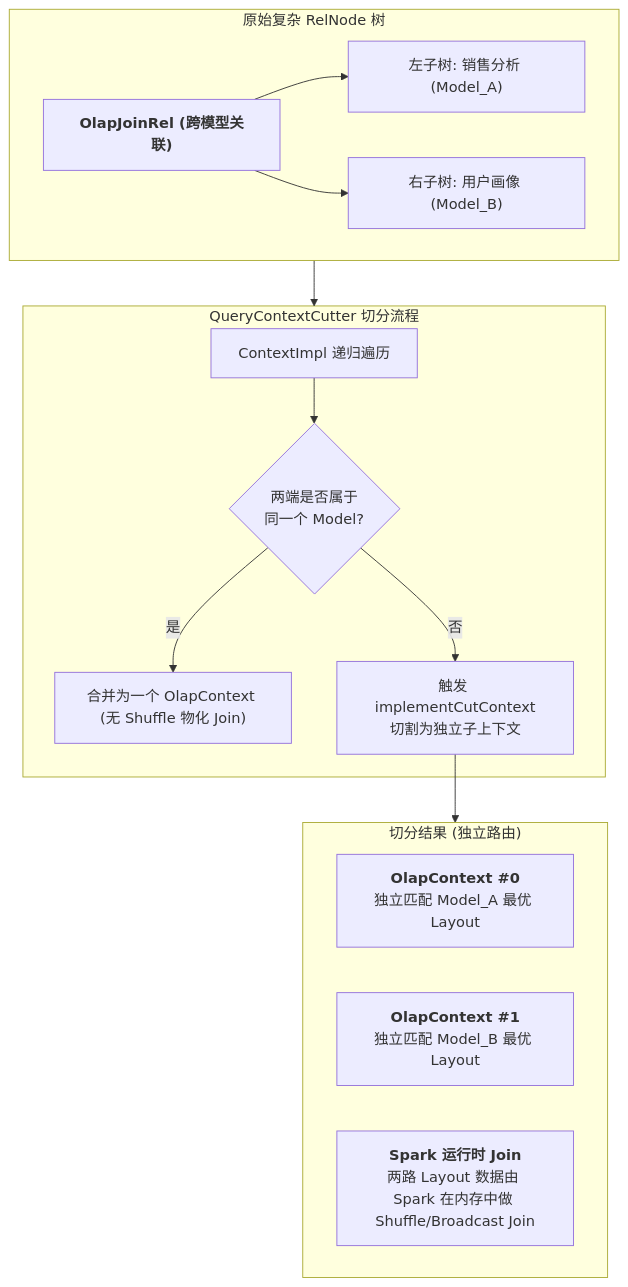
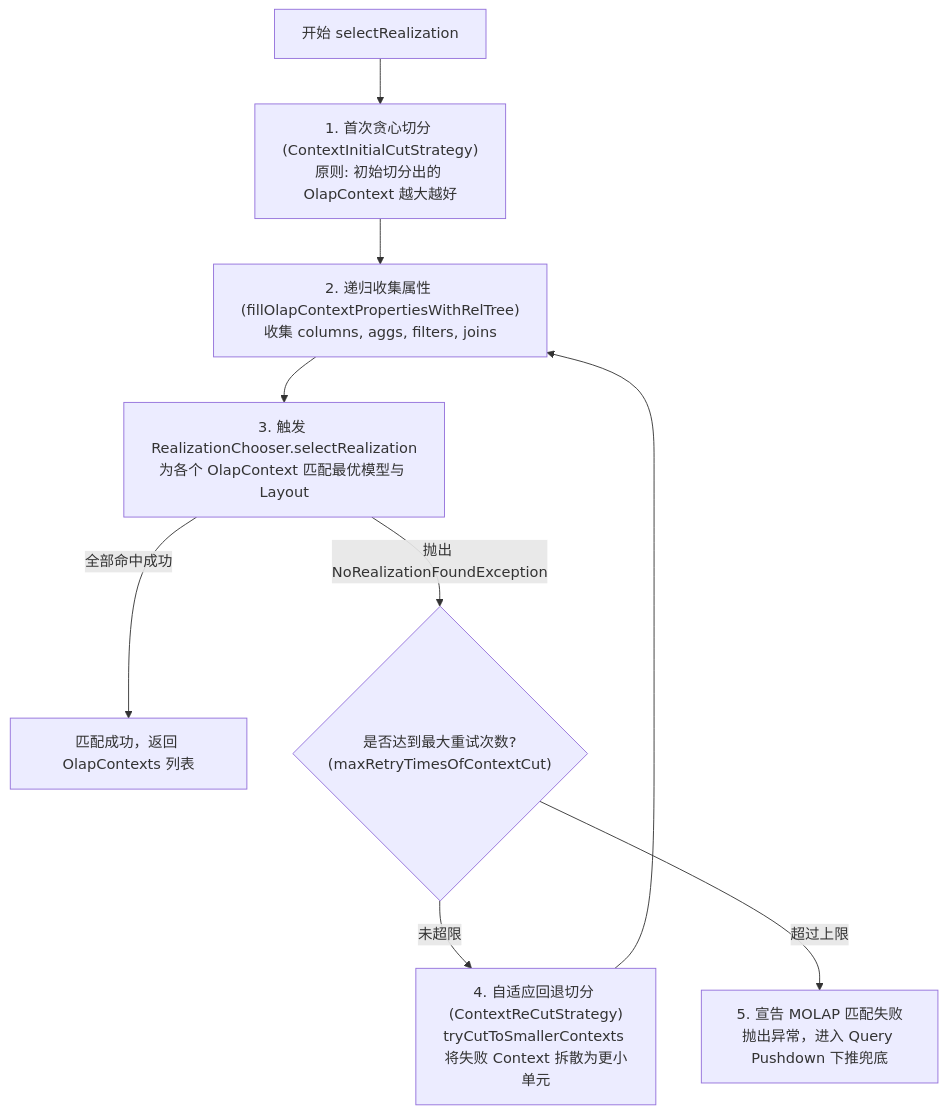
The second of 3 diagrams in posts/2026-08-18-kylin-query-engine-03-olap-context-and-cbo.md (Mrhs121/mrhs121.github.io), drawn with Mermaid before and after one commit. The commit also changed other lines of this file and 5 other files, not shown here.

````diff
--- a/posts/2026-08-18-kylin-query-engine-03-olap-context-and-cbo.md
+++ b/posts/2026-08-18-kylin-query-engine-03-olap-context-and-cbo.md
@@ -74,25 +86,17 @@
 ```mermaid
 flowchart TD
-    subgraph SingleTree ["原始复杂 RelNode 树"]
-        JoinNode["<b>OlapJoinRel (跨模型关联)</b>"]
-        LeftSub["左子树: 销售分析 (Model_A)"]
-        RightSub["右子树: 用户画像 (Model_B)"]
-        JoinNode --> LeftSub
-        JoinNode --> RightSub
-    end
-
-    subgraph CutProcess ["QueryContextCutter 切分流程"]
-        Analyze["ContextImpl 递归遍历"] --> Decision{"两端是否属于<br/>同一个 Model?"}
-        Decision -- 是 --> Keep["合并为一个 OlapContext (无 Shuffle 物化 Join)"]
-        Decision -- 否 --> Cut["触发 implementCutContext<br/>切割为独立子上下文"]
-    end
-
-    subgraph CutResult ["切分结果 (独立路由)"]
-        Ctx1["<b>OlapContext #0</b><br/>独立匹配 Model_A 最优 Layout"]
-        Ctx2["<b>OlapContext #1</b><br/>独立匹配 Model_B 最优 Layout"]
-        RuntimeJoin["<b>Spark 运行时 Join</b><br/>两路 Layout 数据由 Spark 在内存中做 Shuffle/Broadcast Join"]
-    end
-
-    SingleTree --> CutProcess
-    Cut --> CutResult
+    Start["开始 selectRealization"] --> InitialCut["1. 首次贪心切分 (ContextInitialCutStrategy)<br/>原则: 初始切分出的 OlapContext 越大越好"]
+    
+    InitialCut --> FillProp["2. 递归收集属性 (fillOlapContextPropertiesWithRelTree)<br/>收集 columns, aggs, filters, joins"]
+    
+    FillProp --> Choose["3. 触发 RealizationChooser.selectRealization<br/>为各个 OlapContext 匹配最优模型与 Layout"]
+    
+    Choose -- 全部命中成功 --> Success["匹配成功，返回 OlapContexts 列表"]
+    
+    Choose -- 抛出 NoRealizationFoundException --> RetryCheck{"是否达到最大重试次数?<br/>(maxRetryTimesOfContextCut)"}
+    
+    RetryCheck -- 未超限 --> ReCut["4. 自适应回退切分 (ContextReCutStrategy)<br/>tryCutToSmallerContexts 将失败 Context 拆散为更小单元"]
+    ReCut --> FillProp
+    
+    RetryCheck -- 超过上限 --> Fallback["5. 宣告 MOLAP 匹配失败<br/>抛出异常，进入 Query Pushdown 下推兜底"]
 ```
````
